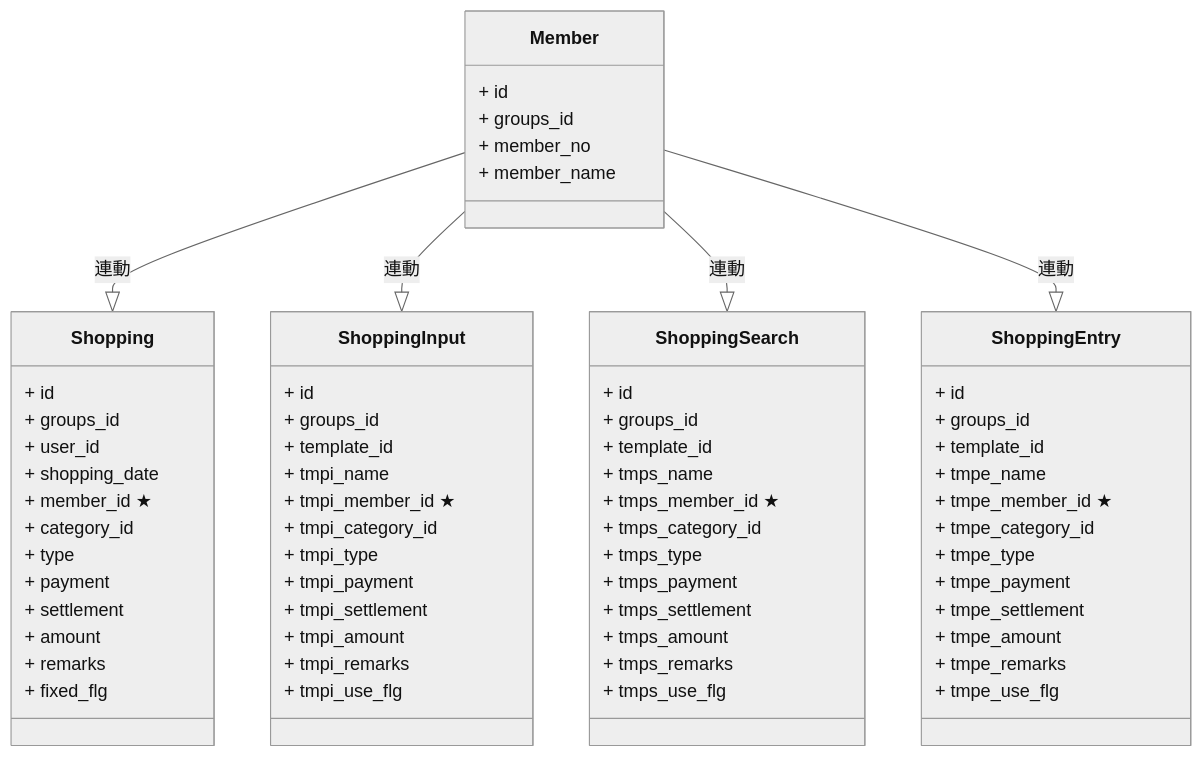
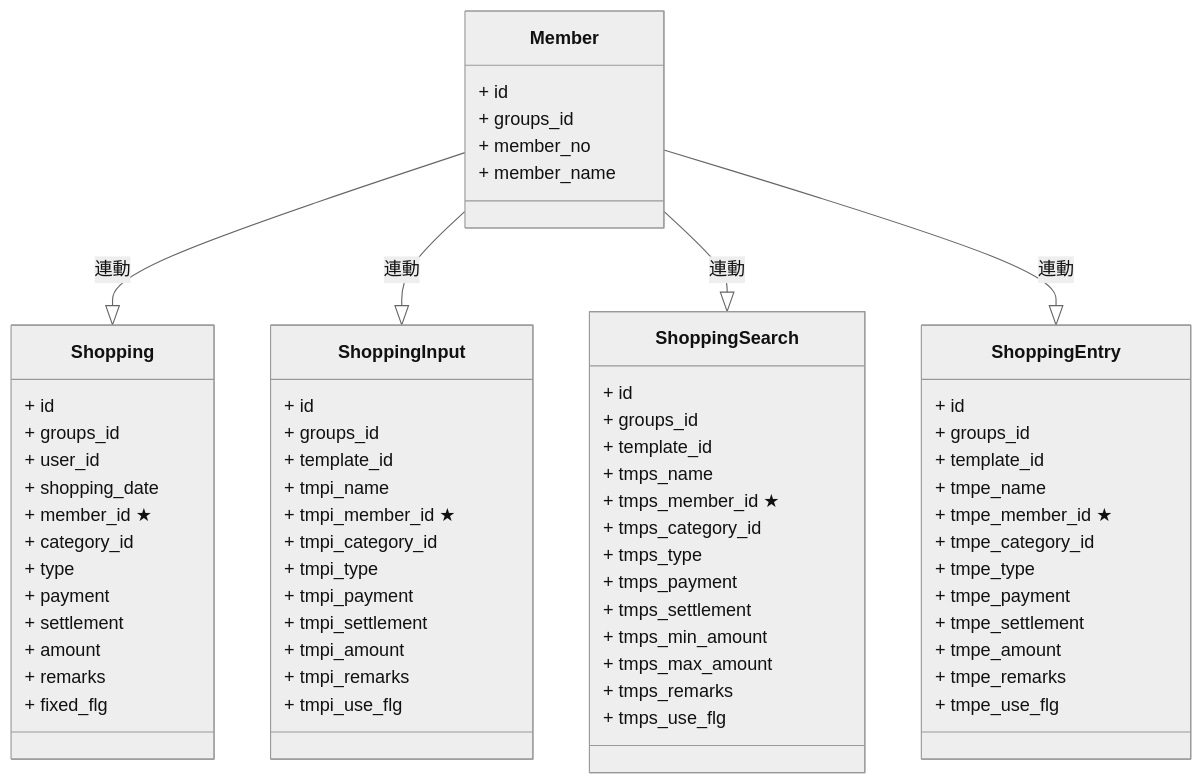
The diagram in server/etc/document/transaction/メンバー.md (ryota-tojo/home), drawn with Mermaid (neutral theme) before and after one commit. The commit also changed 15 other files, not shown here.

````diff
--- a/server/etc/document/transaction/メンバー.md
+++ b/server/etc/document/transaction/メンバー.md
@@ -3,74 +3,75 @@
 ```mermaid
 classDiagram
     class Member {
         + id
         + groups_id
         + member_no
         + member_name
     }
 
     class Shopping {
         + id
         + groups_id
         + user_id
         + shopping_date
         + member_id ★
         + category_id
         + type
         + payment
         + settlement
         + amount
         + remarks
         + fixed_flg
     }
 
     class ShoppingInput {
         + id
         + groups_id
         + template_id
         + tmpi_name
         + tmpi_member_id ★
         + tmpi_category_id
         + tmpi_type
         + tmpi_payment
         + tmpi_settlement
         + tmpi_amount
         + tmpi_remarks
         + tmpi_use_flg
     }
 
     class ShoppingSearch {
         + id
         + groups_id
         + template_id
         + tmps_name
         + tmps_member_id ★
         + tmps_category_id
         + tmps_type
         + tmps_payment
         + tmps_settlement
-        + tmps_amount
+        + tmps_min_amount
+        + tmps_max_amount
         + tmps_remarks
         + tmps_use_flg
     }
 
     class ShoppingEntry {
         + id
         + groups_id
         + template_id
         + tmpe_name
         + tmpe_member_id ★
         + tmpe_category_id
         + tmpe_type
         + tmpe_payment
         + tmpe_settlement
         + tmpe_amount
         + tmpe_remarks
         + tmpe_use_flg
     }
 
     Member --|> Shopping: 連動
     Member --|> ShoppingInput: 連動
     Member --|> ShoppingSearch: 連動
     Member --|> ShoppingEntry: 連動
 ```
````
